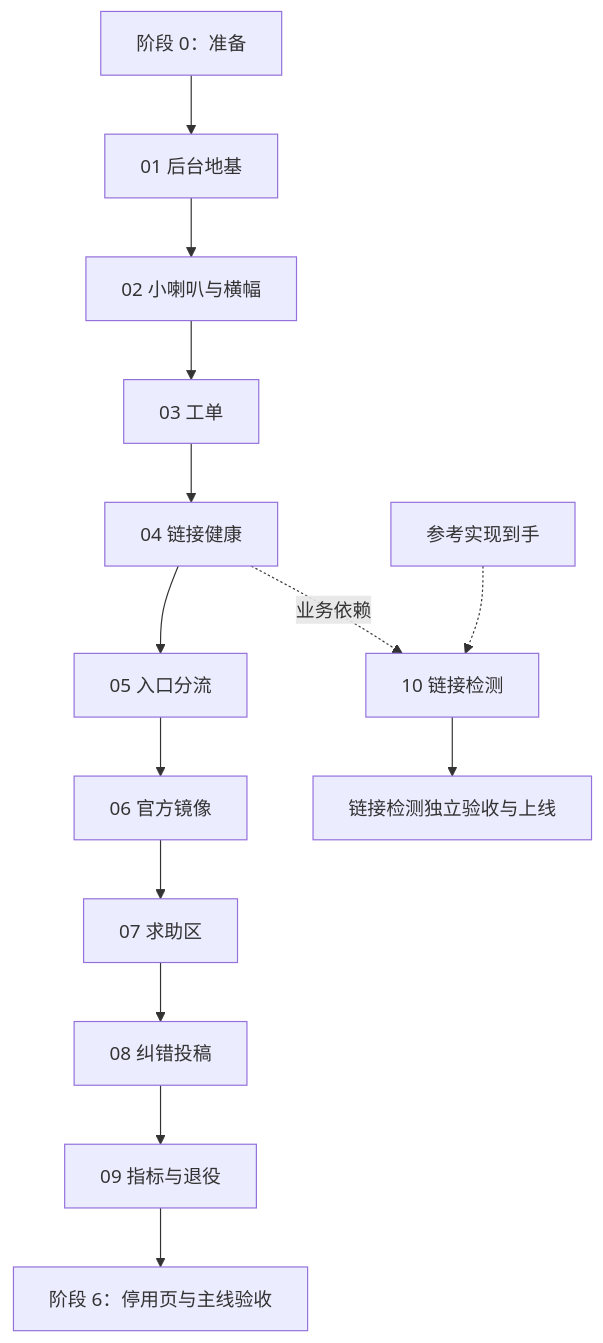
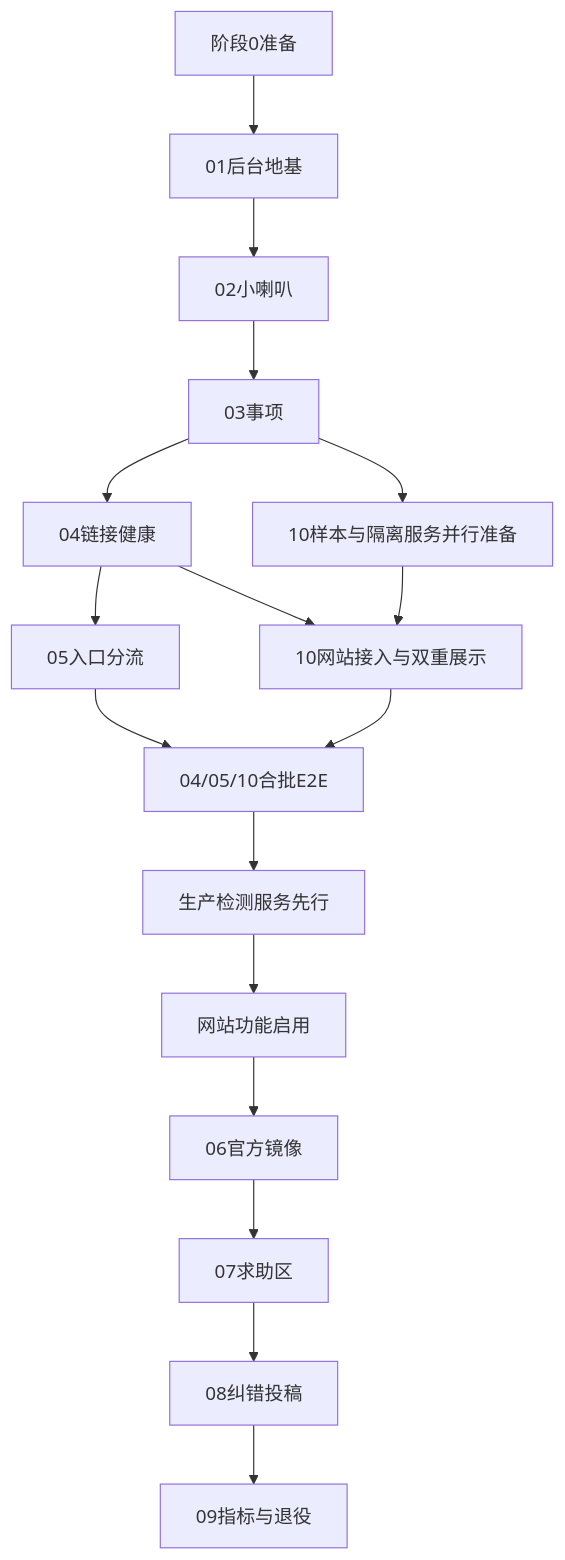
Before and after one commit to OtoAme/kun-otoame-next: the diagram in decision-making/7-operations-layer/00-master-plan.md, drawn with Mermaid. The commit also changed other lines of this file and 30 other files, not shown here.

````diff
--- a/decision-making/7-operations-layer/00-master-plan.md
+++ b/decision-making/7-operations-layer/00-master-plan.md
@@ -58,16 +58,19 @@
 ```mermaid
 flowchart TD
-  P0[阶段 0：准备] --> M01[01 后台地基]
-  M01 --> M02[02 小喇叭与横幅]
-  M02 --> M03[03 工单]
-  M03 --> M04[04 链接健康]
-  M04 --> M05[05 入口分流]
-  M05 --> M06[06 官方镜像]
-  M06 --> M07[07 求助区]
-  M07 --> M08[08 纠错投稿]
-  M08 --> M09[09 指标与退役]
-  M09 --> OPS[阶段 6：停用页与主线验收]
-  M04 -. 业务依赖 .-> M10[10 链接检测]
-  REF[参考实现到手] -.-> M10
-  M10 --> CHECKDONE[链接检测独立验收与上线]
+  P0[阶段0准备] --> M01[01后台地基]
+  M01 --> M02[02小喇叭]
+  M02 --> M03[03事项]
+  M03 --> M04[04链接健康]
+  M04 --> M05[05入口分流]
+  M03 --> S10[10样本与隔离服务并行准备]
+  M04 --> M10[10网站接入与双重展示]
+  S10 --> M10
+  M05 --> G[04/05/10合批E2E]
+  M10 --> G
+  G --> SVC[生产检测服务先行]
+  SVC --> WEB[网站功能启用]
+  WEB --> M06[06官方镜像]
+  M06 --> M07[07求助区]
+  M07 --> M08[08纠错投稿]
+  M08 --> M09[09指标与退役]
 ```
````
